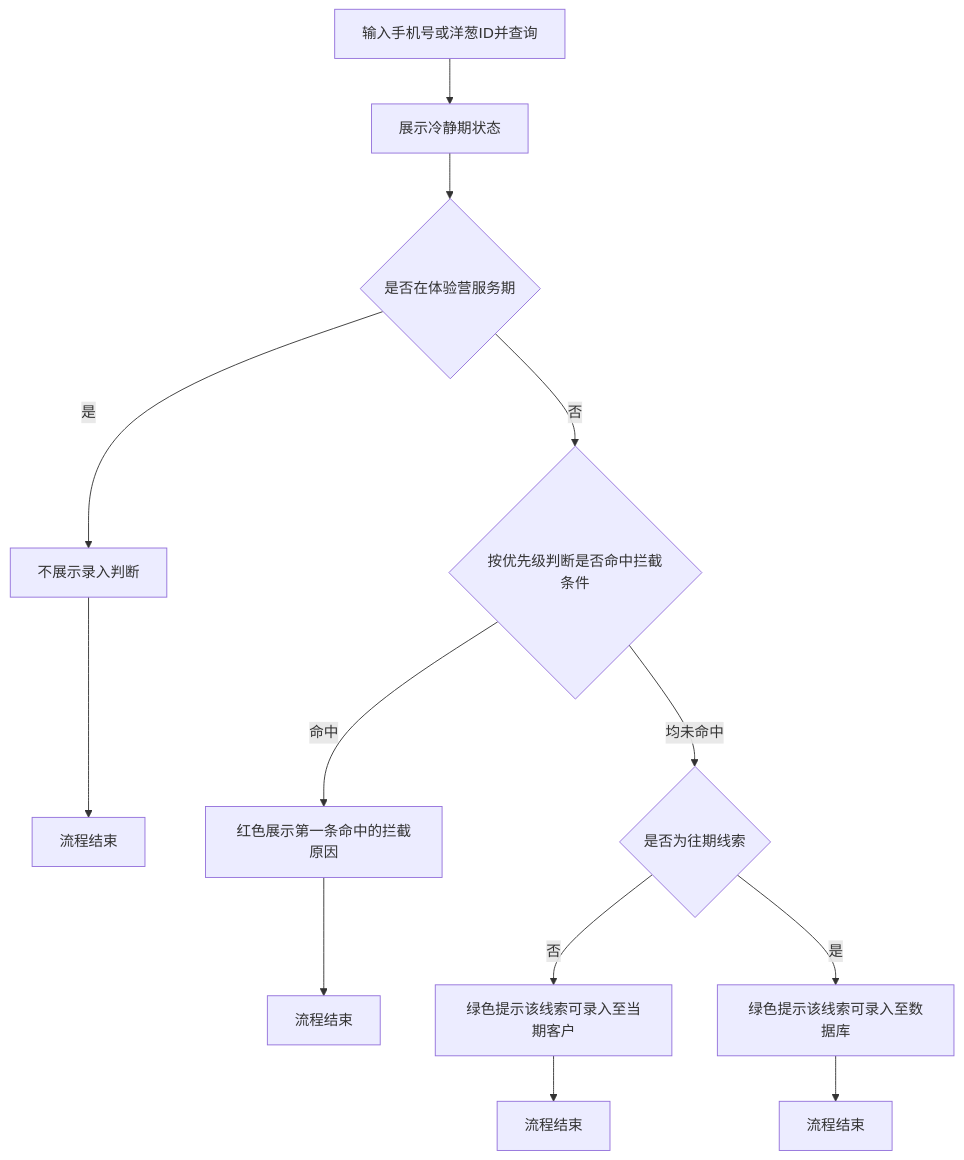
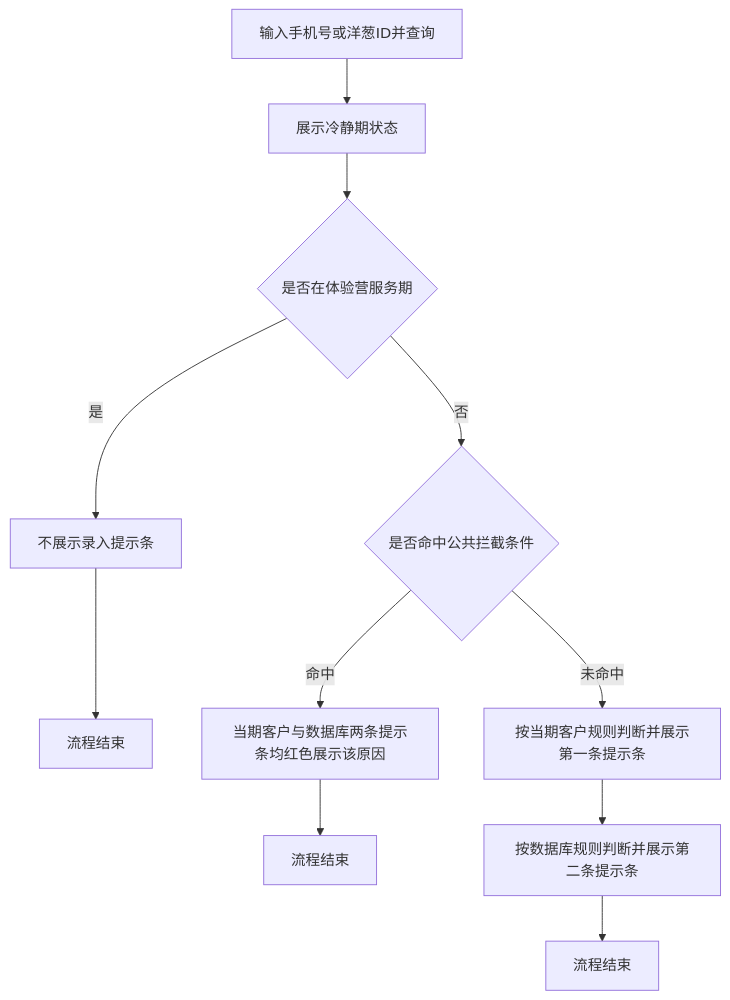
The second of 2 diagrams in camp-calm-period-entry-check/PRD-体验营服务期冷静期录入拦截.md (Yping-98/prototypes), drawn with Mermaid before and after one commit. The commit also changed other lines of this file and 1 other file, not shown here.

````diff
--- a/camp-calm-period-entry-check/PRD-体验营服务期冷静期录入拦截.md
+++ b/camp-calm-period-entry-check/PRD-体验营服务期冷静期录入拦截.md
@@ -55,15 +56,13 @@
 ```mermaid
 flowchart TD
     A[输入手机号或洋葱ID并查询] --> B[展示冷静期状态]
     B --> C{是否在体验营服务期}
-    C -->|是| D[不展示录入判断]
+    C -->|是| D[不展示录入提示条]
     D --> E1[流程结束]
-    C -->|否| F{按优先级判断是否命中拦截条件}
-    F -->|命中| G[红色展示第一条命中的拦截原因]
+    C -->|否| F{是否命中公共拦截条件}
+    F -->|命中| G[当期客户与数据库两条提示条均红色展示该原因]
     G --> E2[流程结束]
-    F -->|均未命中| H{是否为往期线索}
-    H -->|否| I[绿色提示该线索可录入至当期客户]
+    F -->|未命中| H[按当期客户规则判断并展示第一条提示条]
+    H --> I[按数据库规则判断并展示第二条提示条]
     I --> E3[流程结束]
-    H -->|是| J[绿色提示该线索可录入至数据库]
-    J --> E4[流程结束]
 ```
````
